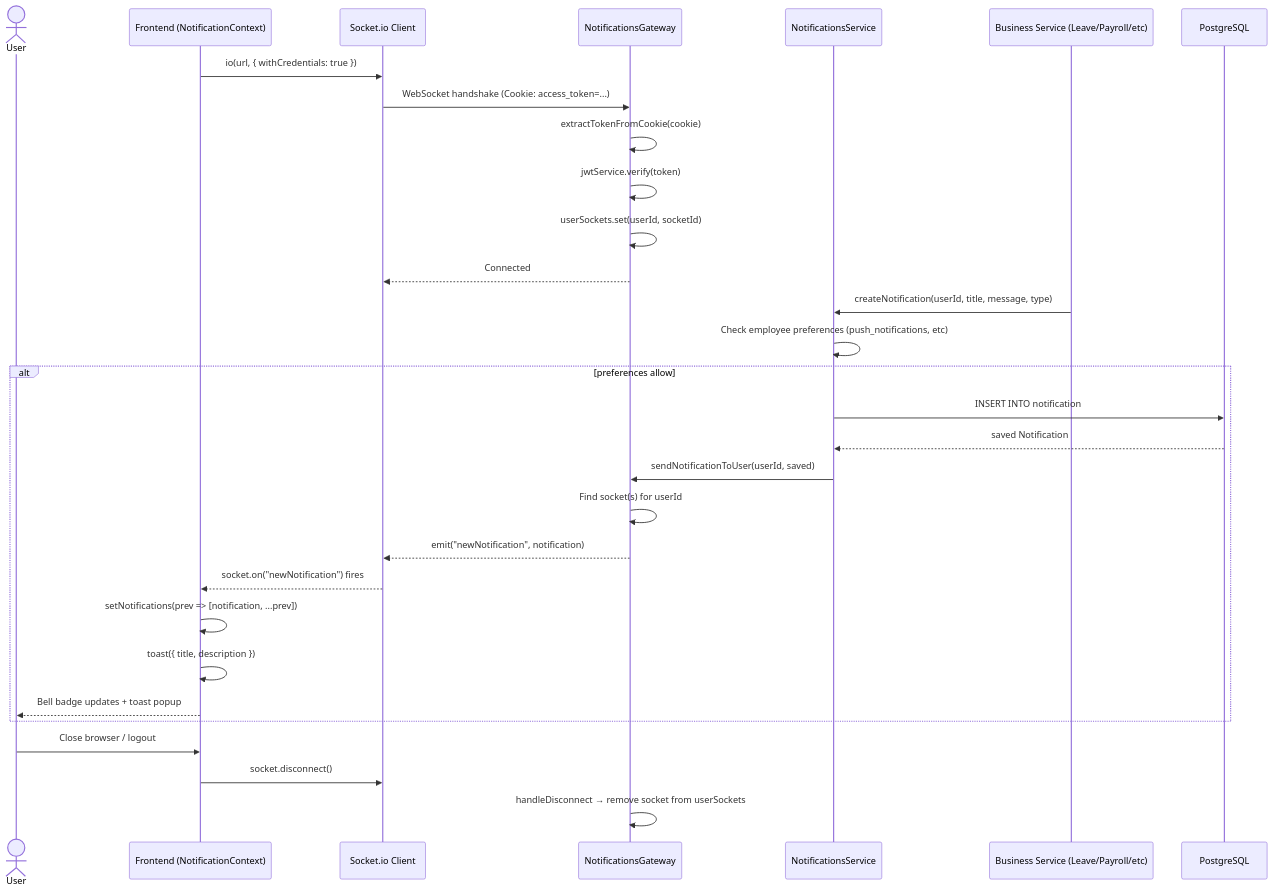
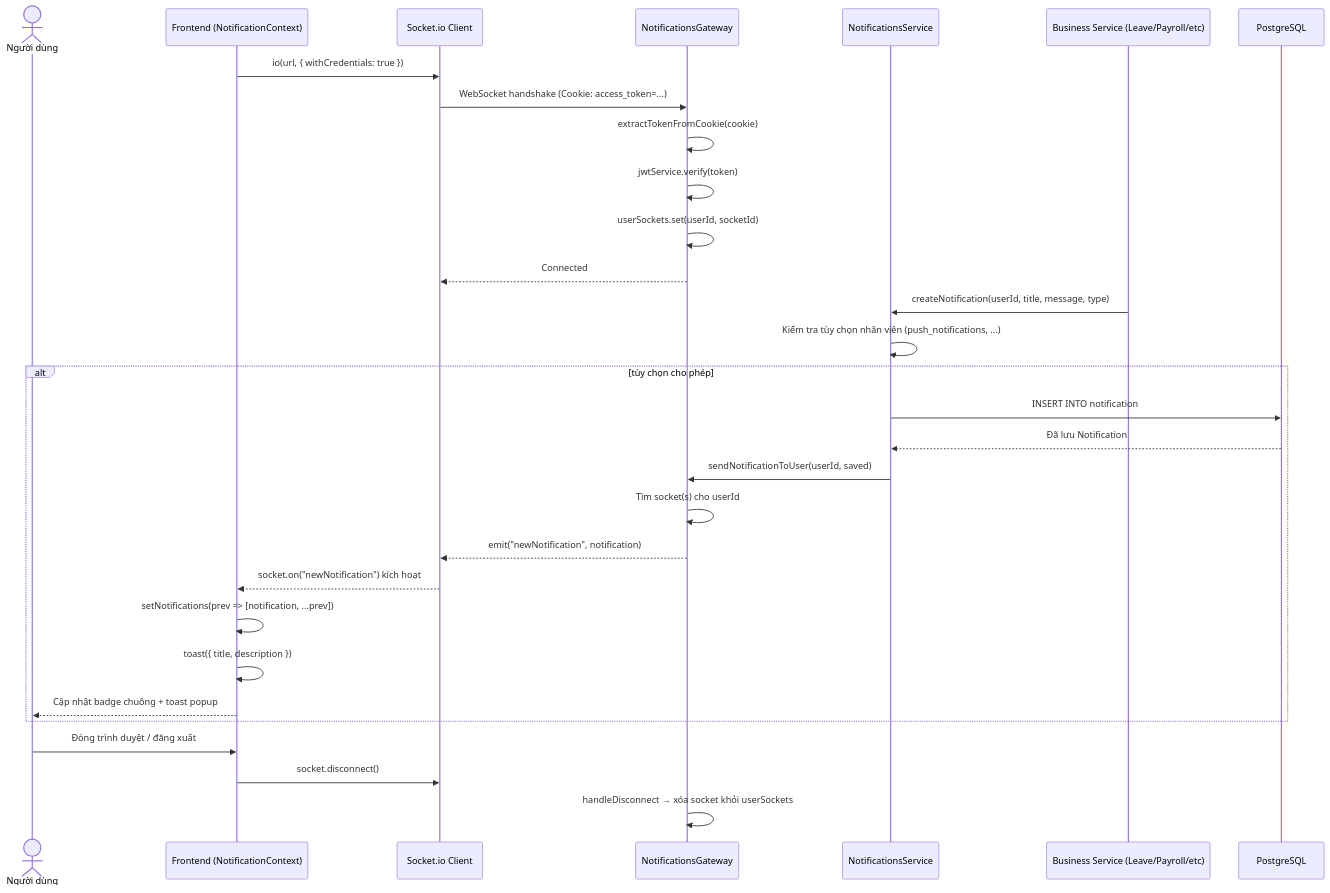
One commit to Luo-Zhii/HRM-Gene changed the sixth of 16 diagrams in docs/sequence-diagrams.md. Above: the diagram before and after it, drawn with Mermaid. The commit also changed other lines of this file and 3 other files, not shown here.

````diff
--- a/docs/sequence-diagrams.md
+++ b/docs/sequence-diagrams.md
@@ -253,38 +298,38 @@
 ```mermaid
 sequenceDiagram
-    actor U as User
+    actor U as Người dùng
     participant FE as Frontend (NotificationContext)
     participant WS as Socket.io Client
     participant GW as NotificationsGateway
     participant NS as NotificationsService
     participant BS as Business Service (Leave/Payroll/etc)
     participant DB as PostgreSQL
 
-    %% ── Connection ──
+    %% ── Kết nối ──
     FE->>WS: io(url, { withCredentials: true })
     WS->>GW: WebSocket handshake (Cookie: access_token=...)
     GW->>GW: extractTokenFromCookie(cookie)
     GW->>GW: jwtService.verify(token)
     GW->>GW: userSockets.set(userId, socketId)
     GW-->>WS: Connected
 
-    %% ── Business event triggers notification ──
+    %% ── Sự kiện nghiệp vụ kích hoạt thông báo ──
     BS->>NS: createNotification(userId, title, message, type)
-    NS->>NS: Check employee preferences (push_notifications, etc)
-    alt preferences allow
+    NS->>NS: Kiểm tra tùy chọn nhân viên (push_notifications, ...)
+    alt tùy chọn cho phép
         NS->>DB: INSERT INTO notification
-        DB-->>NS: saved Notification
+        DB-->>NS: Đã lưu Notification
         NS->>GW: sendNotificationToUser(userId, saved)
-        GW->>GW: Find socket(s) for userId
+        GW->>GW: Tìm socket(s) cho userId
         GW-->>WS: emit("newNotification", notification)
-        WS-->>FE: socket.on("newNotification") fires
+        WS-->>FE: socket.on("newNotification") kích hoạt
         FE->>FE: setNotifications(prev => [notification, ...prev])
         FE->>FE: toast({ title, description })
-        FE-->>U: Bell badge updates + toast popup
+        FE-->>U: Cập nhật badge chuông + toast popup
     end
 
-    %% ── Disconnect ──
-    U->>FE: Close browser / logout
+    %% ── Ngắt kết nối ──
+    U->>FE: Đóng trình duyệt / đăng xuất
     FE->>WS: socket.disconnect()
-    GW->>GW: handleDisconnect → remove socket from userSockets
+    GW->>GW: handleDisconnect → xóa socket khỏi userSockets
 ```
````
